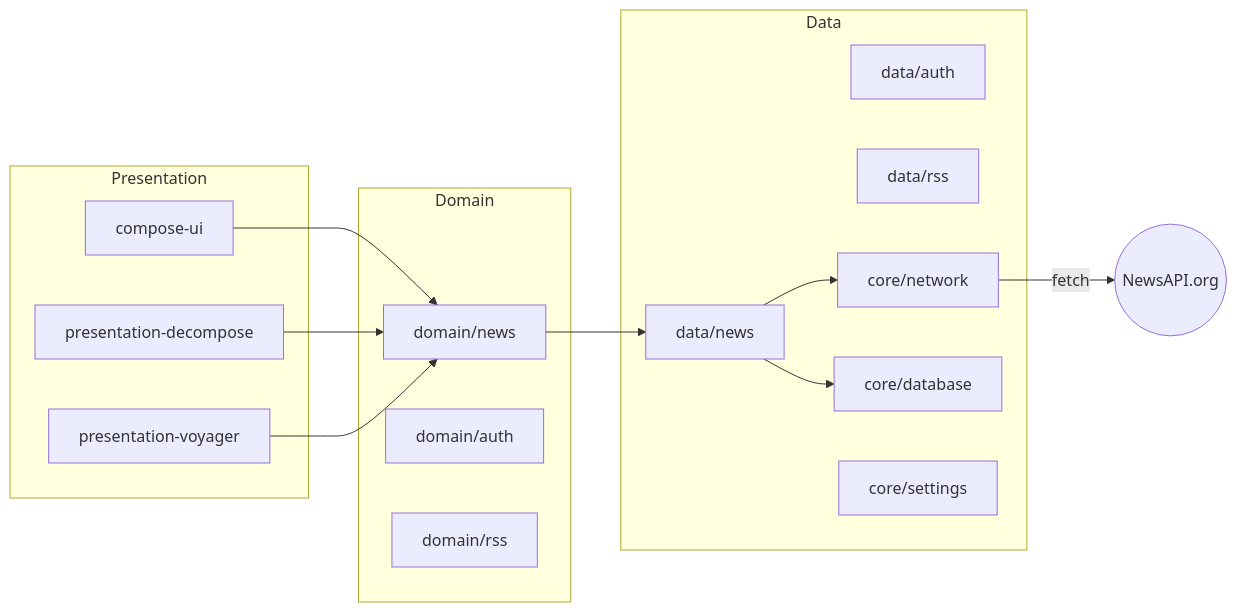
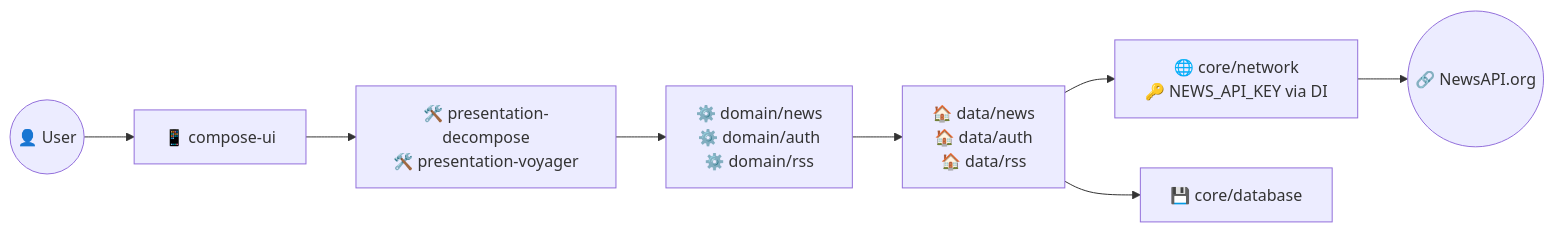
Before and after one commit to k4vrin/kews: the diagram in README.md, drawn with Mermaid. The commit also changed other lines of this file, not shown here.

Commit message:
Refactor: Simplify architecture diagrams in README
The previous two architecture diagrams in the README.md have been replaced with a single, more comprehensive "Detailed Architecture Diagram". This new diagram better illustrates the modules and data flow within the application, including the injection of the `NEWS_API_KEY`.

````diff
--- a/README.md
+++ b/README.md
@@ -38,32 +100,19 @@
 ```mermaid
-graph LR
-  subgraph Presentation
-    A1[compose-ui]
-    A2[presentation-decompose]
-    A3[presentation-voyager]
-  end
+flowchart LR
+  User(("👤 User"))
+  ComposeUI["📱 compose-ui"]
+  VM["🛠️ presentation-decompose<br/>🛠️ presentation-voyager"]
+  UC["⚙️ domain/news<br/>⚙️ domain/auth<br/>⚙️ domain/rss"]
+  Repo["🏠 data/news<br/>🏠 data/auth<br/>🏠 data/rss"]
+  CoreNet["🌐 core/network<br/>🔑 NEWS_API_KEY via DI"]
+  CoreDB["💾 core/database"]
+  NewsAPI(("🔗 NewsAPI.org"))
 
-  subgraph Domain
-    B1[domain/news]
-    B2[domain/auth]
-    B3[domain/rss]
-  end
-
-  subgraph Data
-    C1[data/news]
-    C2[data/auth]
-    C3[data/rss]
-    C4[core/network]
-    C5[core/database]
-    C6[core/settings]
-  end
-
-  A1 --> B1
-  A2 --> B1
-  A3 --> B1
-  B1 --> C1
-  C1 --> C4
-  C1 --> C5
-
-  C4 -- fetch --> NewsAPI((NewsAPI.org))
+  User --> ComposeUI
+  ComposeUI --> VM
+  VM --> UC
+  UC --> Repo
+  Repo --> CoreNet
+  Repo --> CoreDB
+  CoreNet --> NewsAPI
 ```
````
